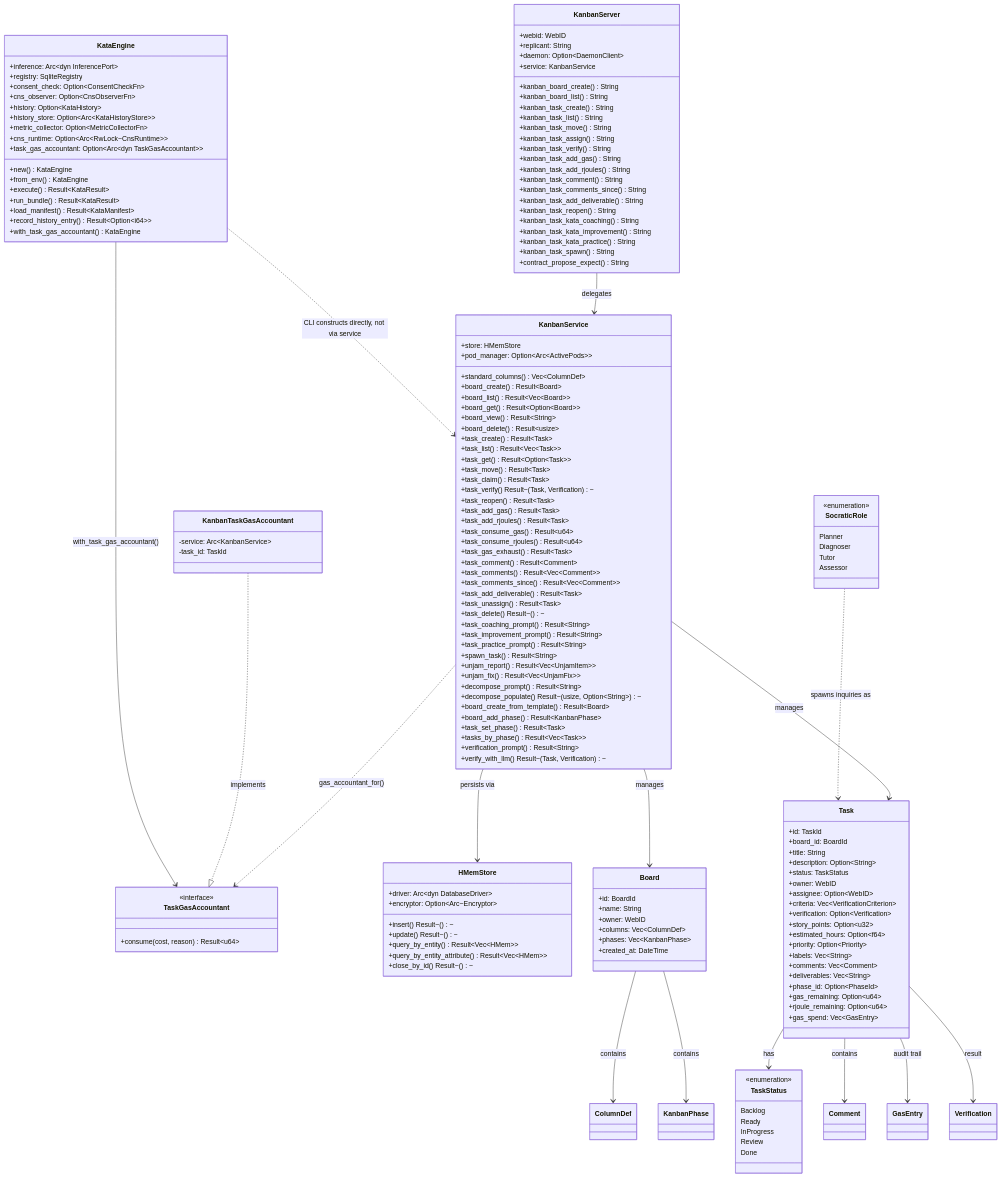
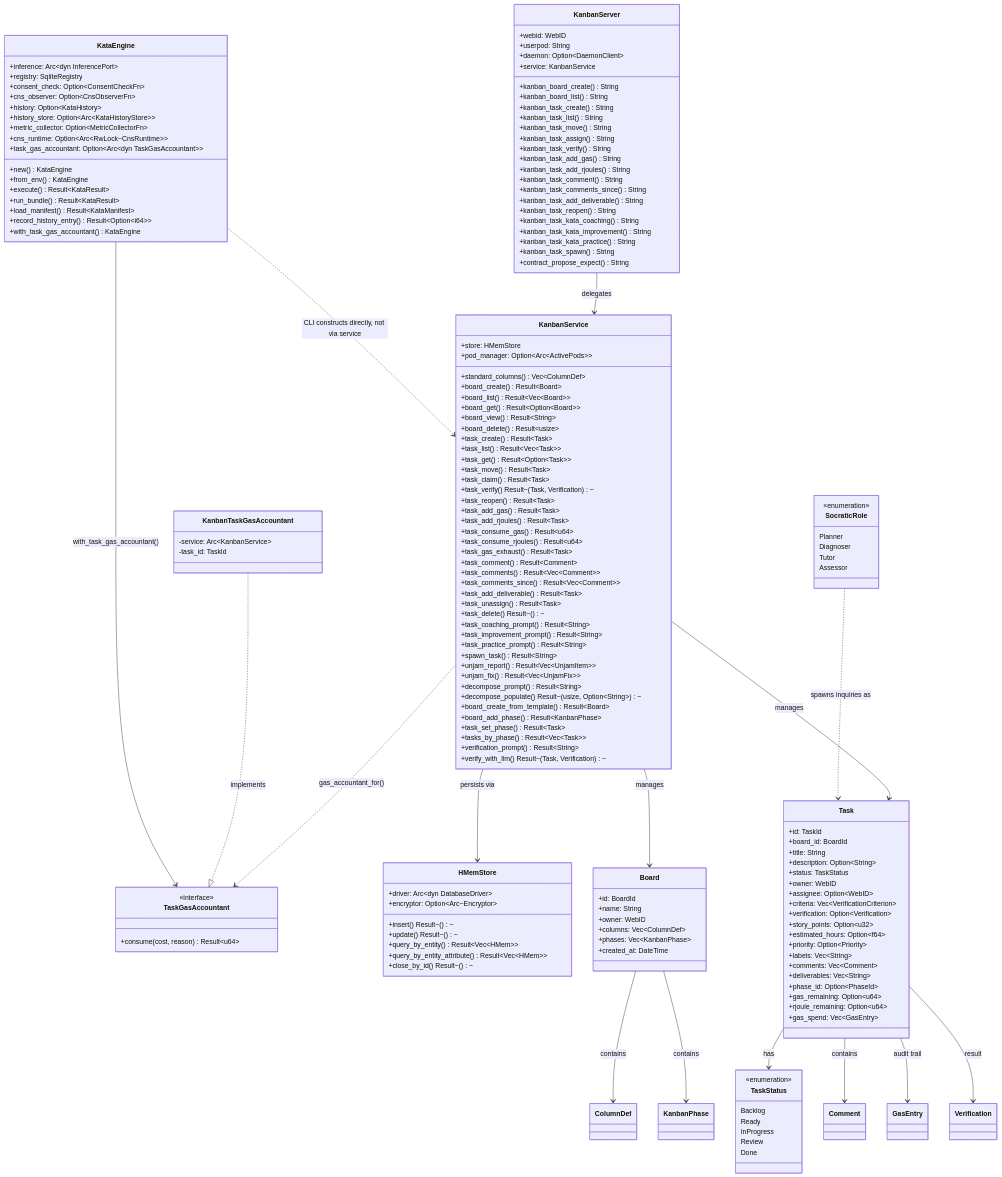
One commit to mdz-axo/hKask changed the diagram in docs/diagrams/class-kata-kanban-architecture.md. Above: the diagram before and after it, drawn with Mermaid. The commit also changed 42 other files, not shown here.

```diff
--- a/docs/diagrams/class-kata-kanban-architecture.md
+++ b/docs/diagrams/class-kata-kanban-architecture.md
@@ -19,7 +19,7 @@
 
     class KanbanServer {
         +webid: WebID
-        +replicant: String
+        +userpod: String
         +daemon: Option~DaemonClient~
         +service: KanbanService
         +kanban_board_create() String
```
